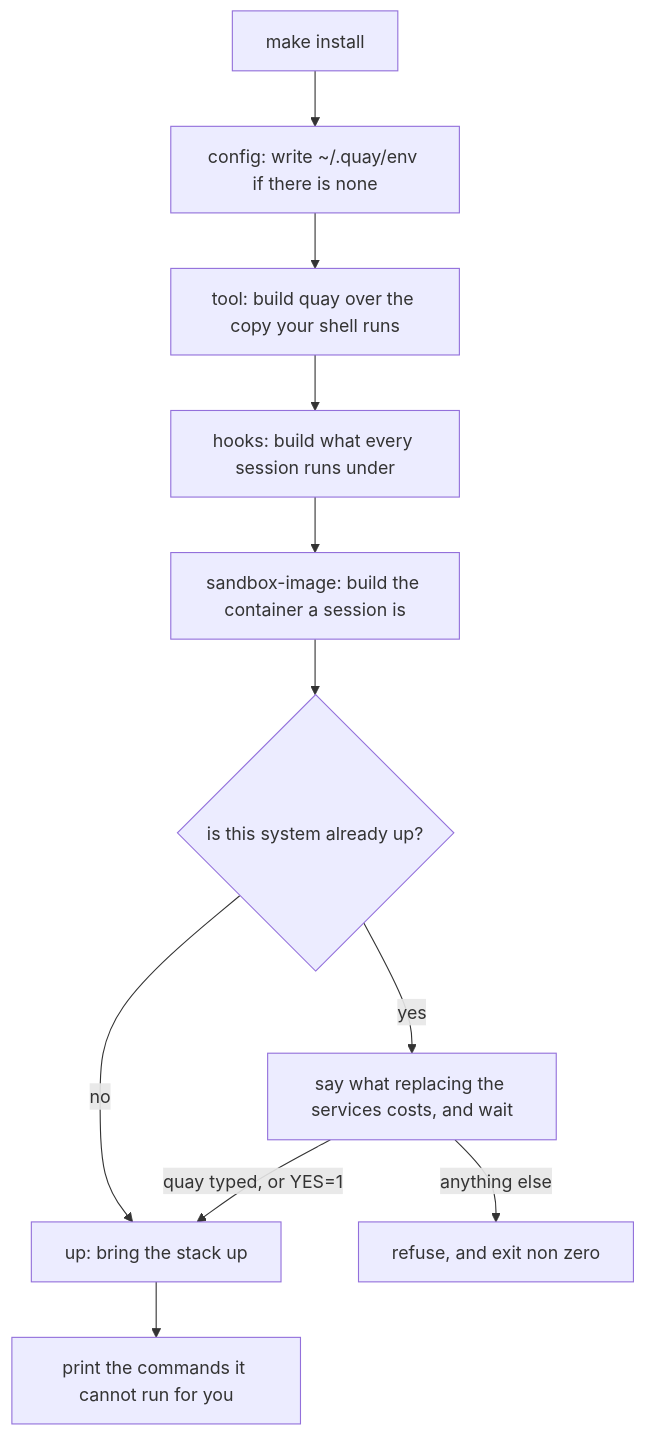
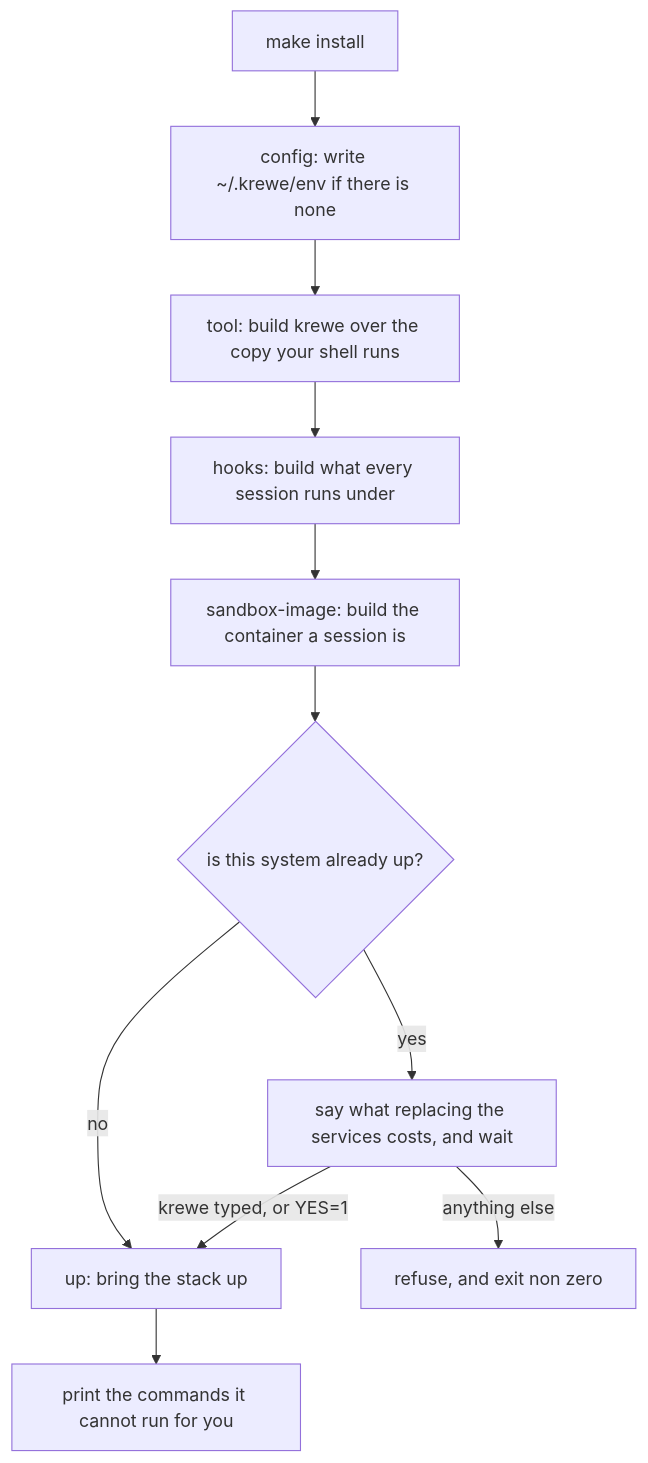
One commit to atlantic-blue/quay-crew changed the first of 3 diagrams in docs/SANDBOX.md. Above: the diagram before and after it, drawn with Mermaid. The commit also changed other lines of this file and 27 other files, not shown here.

````diff
--- a/docs/SANDBOX.md
+++ b/docs/SANDBOX.md
@@ -40,13 +40,13 @@
    ```mermaid
    flowchart TD
-       ONE["make install"] --> CONFIG["config: write ~/.quay/env if there is none"]
-       CONFIG --> TOOL["tool: build quay over the copy your shell runs"]
+       ONE["make install"] --> CONFIG["config: write ~/.krewe/env if there is none"]
+       CONFIG --> TOOL["tool: build krewe over the copy your shell runs"]
        TOOL --> HOOKS["hooks: build what every session runs under"]
        HOOKS --> IMAGE["sandbox-image: build the container a session is"]
        IMAGE --> ASK{"is this system already up?"}
        ASK -- "no" --> UP["up: bring the stack up"]
        ASK -- "yes" --> COST["say what replacing the services costs, and wait"]
-       COST -- "quay typed, or YES=1" --> UP
+       COST -- "krewe typed, or YES=1" --> UP
        COST -- "anything else" --> REFUSE["refuse, and exit non zero"]
        UP --> NEXT["print the commands it cannot run for you"]
    ```
````
